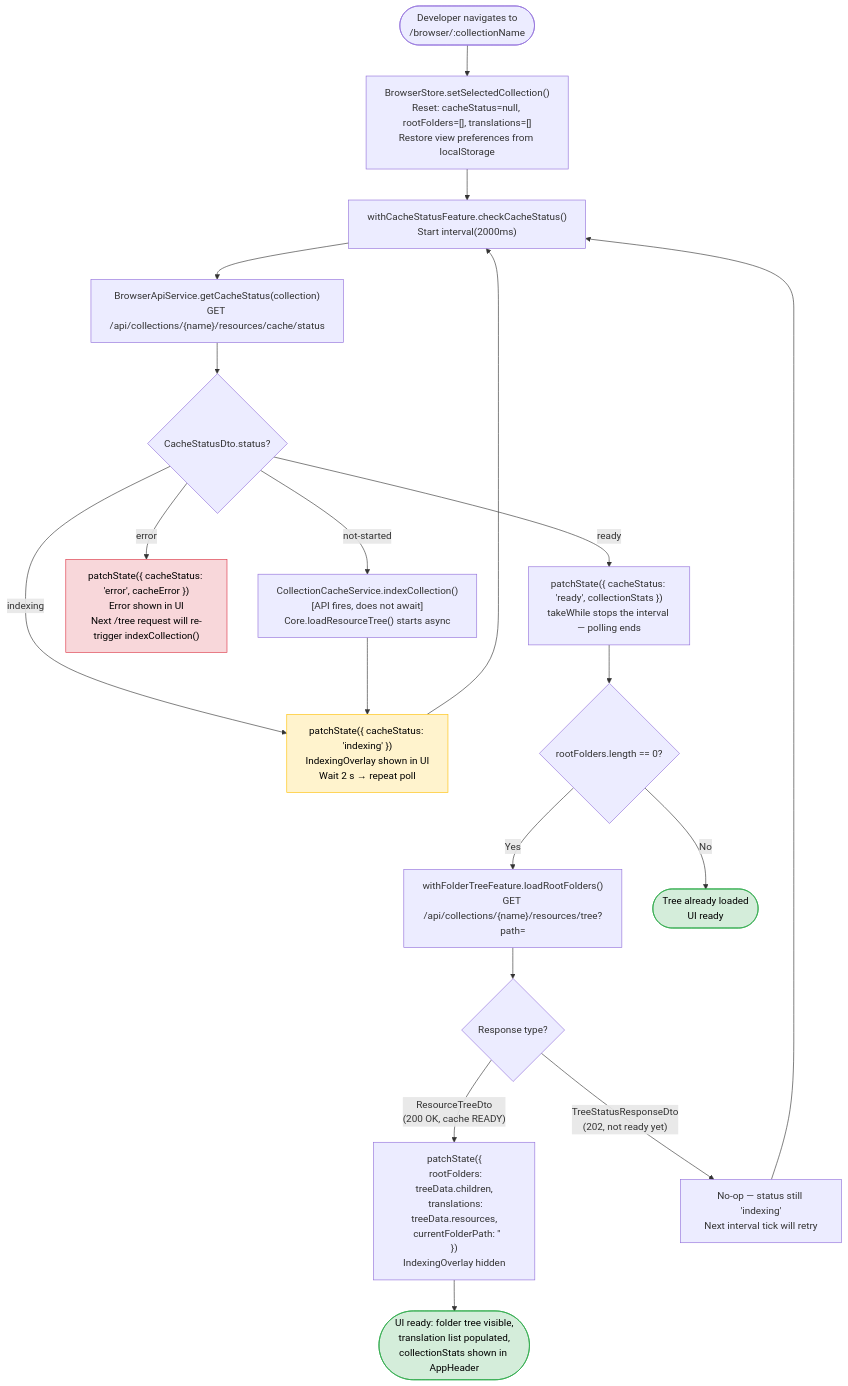
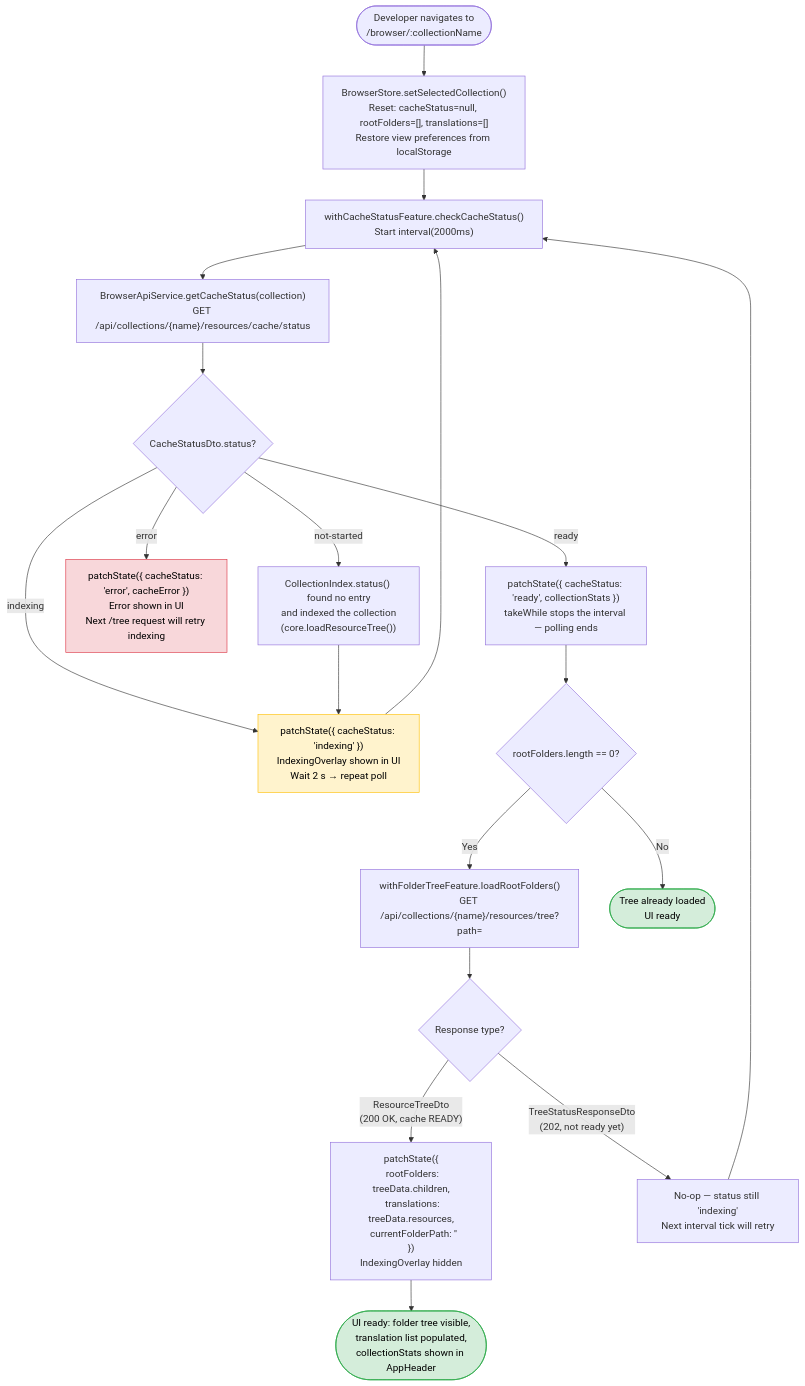
The eighth of 8 diagrams in architecture-docs/user-flows.md (SimonNodel-AI/lingo-tracker), drawn with Mermaid before and after one commit. The commit also changed other lines of this file and 38 other files, not shown here.

First line of the commit message:
refactor(api): replace the cache mechanism with a CollectionIndex

````diff
--- a/architecture-docs/user-flows.md
+++ b/architecture-docs/user-flows.md
@@ -427,50 +426,50 @@
 ```mermaid
 flowchart TD
     START([Developer navigates to\n/browser/:collectionName]) --> SET_COLLECTION
 
     SET_COLLECTION["BrowserStore.setSelectedCollection()\nReset: cacheStatus=null, rootFolders=[], translations=[]\nRestore view preferences from localStorage"]
 
     SET_COLLECTION --> POLL_START["withCacheStatusFeature.checkCacheStatus()\nStart interval(2000ms)"]
 
     POLL_START --> CALL_STATUS["BrowserApiService.getCacheStatus(collection)\nGET /api/collections/{name}/resources/cache/status"]
 
     CALL_STATUS --> STATUS_CHECK{"CacheStatusDto.status?"}
 
     STATUS_CHECK -- "not-started" --> TRIGGER_INDEX
     STATUS_CHECK -- "indexing" --> WAIT_LOOP
 
-    TRIGGER_INDEX["CollectionCacheService.indexCollection()\n[API fires, does not await]\nCore.loadResourceTree() starts async"]
+    TRIGGER_INDEX["CollectionIndex.status() found no entry\nand indexed the collection\n(core.loadResourceTree())"]
 
     TRIGGER_INDEX --> WAIT_LOOP
 
     WAIT_LOOP["patchState({ cacheStatus: 'indexing' })\nIndexingOverlay shown in UI\nWait 2 s → repeat poll"]
 
     WAIT_LOOP --> POLL_START
 
     STATUS_CHECK -- "error" --> SHOW_ERROR
-    SHOW_ERROR["patchState({ cacheStatus: 'error', cacheError })\nError shown in UI\nNext /tree request will re-trigger indexCollection()"]
+    SHOW_ERROR["patchState({ cacheStatus: 'error', cacheError })\nError shown in UI\nNext /tree request will retry indexing"]
 
     STATUS_CHECK -- "ready" --> MARK_READY["patchState({ cacheStatus: 'ready', collectionStats })\ntakeWhile stops the interval — polling ends"]
 
     MARK_READY --> HAS_FOLDERS{"rootFolders.length == 0?"}
 
     HAS_FOLDERS -- Yes --> LOAD_TREE
     HAS_FOLDERS -- No --> DONE_INDEXED([Tree already loaded\nUI ready])
 
     LOAD_TREE["withFolderTreeFeature.loadRootFolders()\nGET /api/collections/{name}/resources/tree?path="]
 
     LOAD_TREE --> TREE_RESPONSE{"Response type?"}
 
     TREE_RESPONSE -- "ResourceTreeDto\n(200 OK, cache READY)" --> POPULATE["patchState({\n  rootFolders: treeData.children,\n  translations: treeData.resources,\n  currentFolderPath: ''\n})\nIndexingOverlay hidden"]
 
     TREE_RESPONSE -- "TreeStatusResponseDto\n(202, not ready yet)" --> LOAD_TREE_RETRY["No-op — status still 'indexing'\nNext interval tick will retry"]
 
     LOAD_TREE_RETRY --> POLL_START
 
     POPULATE --> DONE([UI ready: folder tree visible,\ntranslation list populated,\ncollectionStats shown in AppHeader])
 
     style SHOW_ERROR fill:#f8d7da,stroke:#dc3545,color:#000
     style DONE fill:#d4edda,stroke:#28a745,color:#000
     style DONE_INDEXED fill:#d4edda,stroke:#28a745,color:#000
     style WAIT_LOOP fill:#fff3cd,stroke:#ffc107,color:#000
 ```
````
